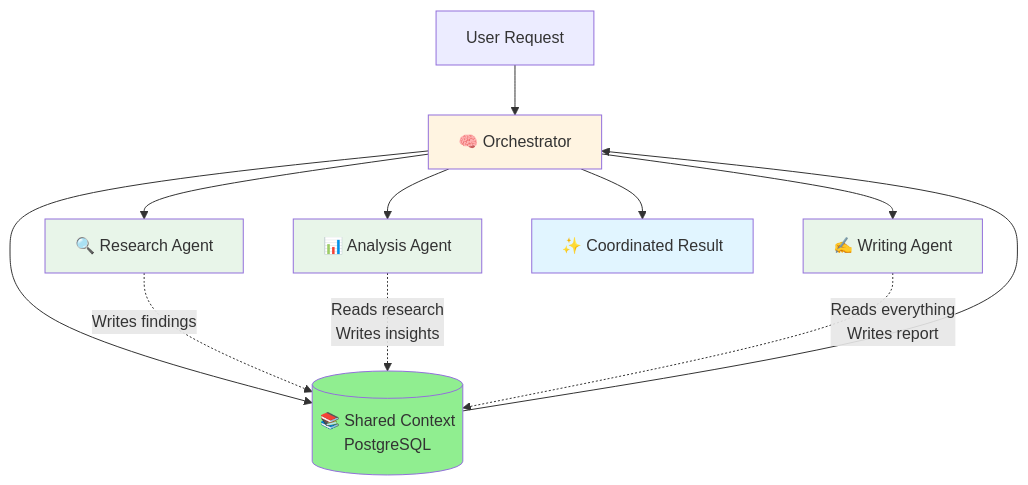
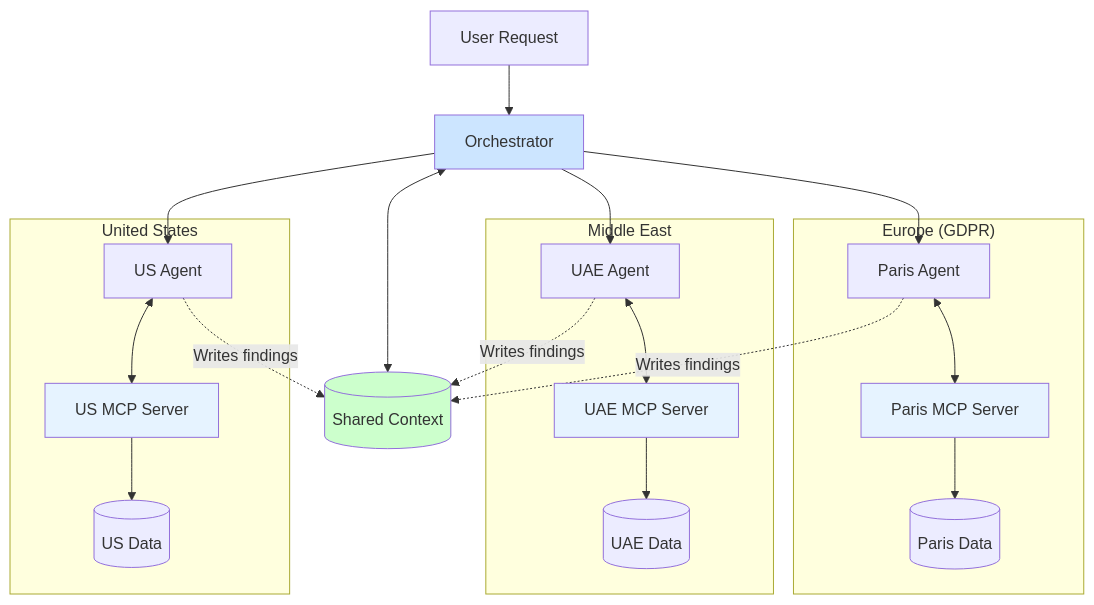
The second of 3 diagrams in sapthame/introduction/overview.mdx (raahulrahl/docs), drawn with Mermaid before and after one commit. The commit also changed other lines of this file, not shown here.

First line of the commit message:
feat: enhance documentation with multi-agent collaboration story

````diff
--- a/sapthame/introduction/overview.mdx
+++ b/sapthame/introduction/overview.mdx
@@ -176,23 +214,37 @@
 ```mermaid
 graph TB
-    U[User Request] --> O[🧠 Orchestrator]
-    O --> SC[(📚 Shared Context<br/>PostgreSQL)]
+    U[User Request] --> O[Orchestrator]
+    O <--> SC[(Shared Context)]
     
-    O --> A1[🔍 Research Agent]
-    O --> A2[📊 Analysis Agent]
-    O --> A3[✍️ Writing Agent]
+    O --> A1
+    O --> A2
+    O --> A3
+    
+    subgraph "Europe (GDPR)"
+        A1[Paris Agent]
+        A1 <--> MCP1[Paris MCP Server]
+        MCP1 --> D1[(Paris Data)]
+    end
+    
+    subgraph "Middle East"
+        A2[UAE Agent]
+        A2 <--> MCP2[UAE MCP Server]
+        MCP2 --> D2[(UAE Data)]
+    end
+    
+    subgraph "United States"
+        A3[US Agent]
+        A3 <--> MCP3[US MCP Server]
+        MCP3 --> D3[(US Data)]
+    end
     
     A1 -.->|Writes findings| SC
-    A2 -.->|Reads research<br/>Writes insights| SC
-    A3 -.->|Reads everything<br/>Writes report| SC
+    A2 -.->|Writes findings| SC
+    A3 -.->|Writes findings| SC
     
-    SC --> O
-    O --> R[✨ Coordinated Result]
-    
-    style SC fill:#90EE90
-    style O fill:#fff4e1
-    style A1 fill:#e8f5e9
-    style A2 fill:#e8f5e9
-    style A3 fill:#e8f5e9
-    style R fill:#e1f5ff
+    style SC fill:#ccffcc
+    style O fill:#cce5ff
+    style MCP1 fill:#e6f3ff
+    style MCP2 fill:#e6f3ff
+    style MCP3 fill:#e6f3ff
 ```
````
